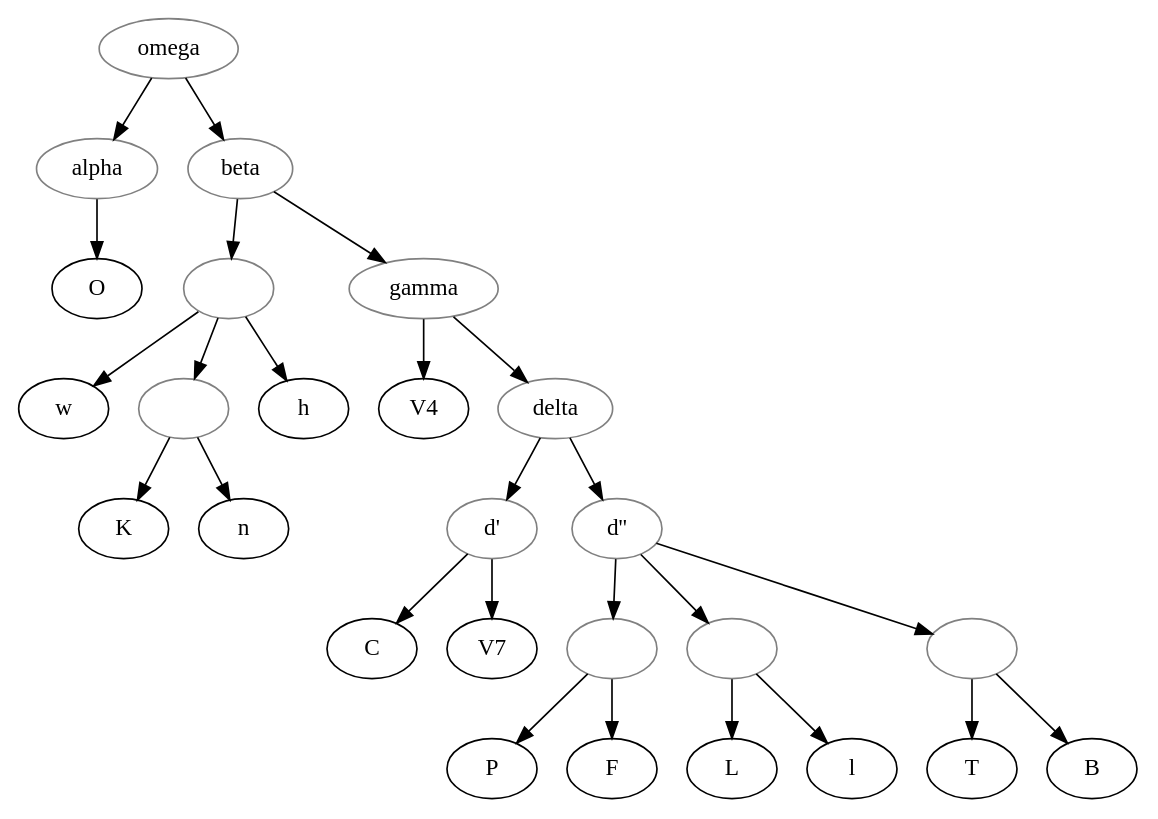
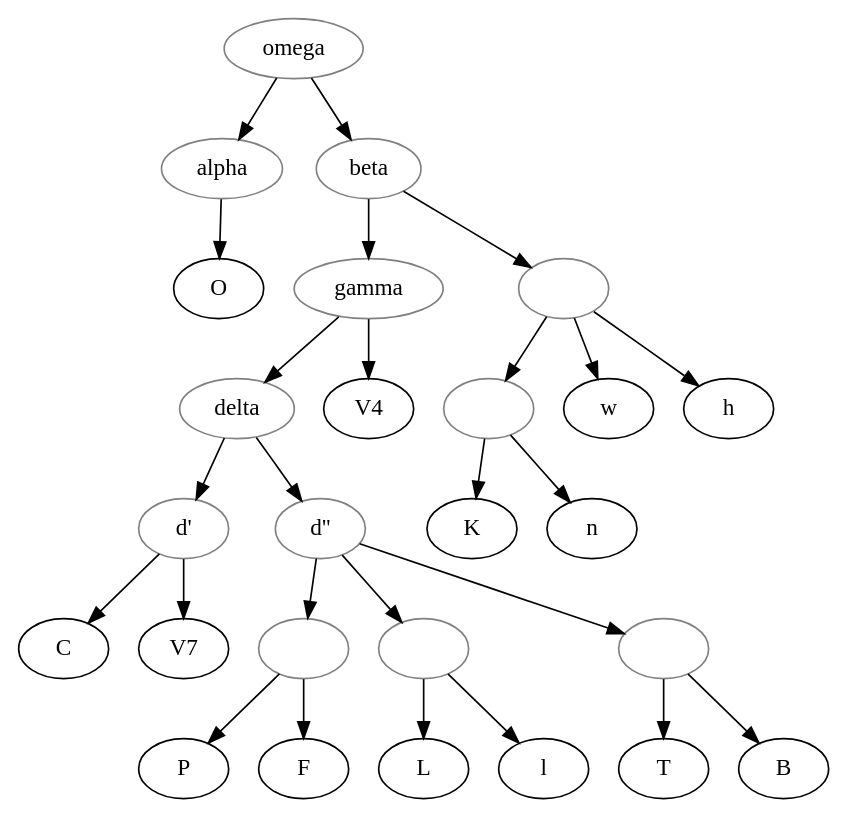
The diagram in examples/Segre_1971_Roland/stemma.gv (OpenStemmata/database), drawn with Graphviz before and after one commit. The commit also changed other lines of this file and 1 other file, not shown here.

```diff
--- a/examples/Segre_1971_Roland/stemma.gv
+++ b/examples/Segre_1971_Roland/stemma.gv
@@ -1,43 +1,43 @@
 digraph {
+
+    omega[color="grey"]
+    alpha[color="grey"]
+    beta[color="grey"]
+    gamma[color="grey"]
+    delta[color="grey"]
+    deltaprime[color="grey", label="d'"]
+    deltasecond[color="grey", label="d''"]
+    1[color="grey",label=""]
+    2[color="grey",label=""]
+    3[color="grey",label=""]
+    4[color="grey",label=""]
+    5[color="grey",label=""]
 
     omega -> alpha;
     alpha -> O;
     omega -> beta
     beta -> 1
     1 -> w
     1 -> 2
     2 -> K
     2 -> n
     1 -> h
 
     beta -> gamma
     gamma -> V4
     gamma -> delta
     delta -> deltaprime
     deltaprime -> C
     deltaprime -> V7
     delta -> deltasecond
     deltasecond -> 3
     3 -> P
     3 -> F
     deltasecond -> 4
     4 -> L
     4 -> l
     deltasecond -> 5
     5 -> T
     5 -> B
 
-    omega[color="grey"]
-    alpha[color="grey"]
-    beta[color="grey"]
-    gamma[color="grey"]
-    delta[color="grey"]
-    deltaprime[color="grey", label="d'"]
-    deltasecond[color="grey", label="d''"]
-    1[color="grey",label=""]
-    2[color="grey",label=""]
-    3[color="grey",label=""]
-    4[color="grey",label=""]
-    5[color="grey",label=""]
-
 }
```
